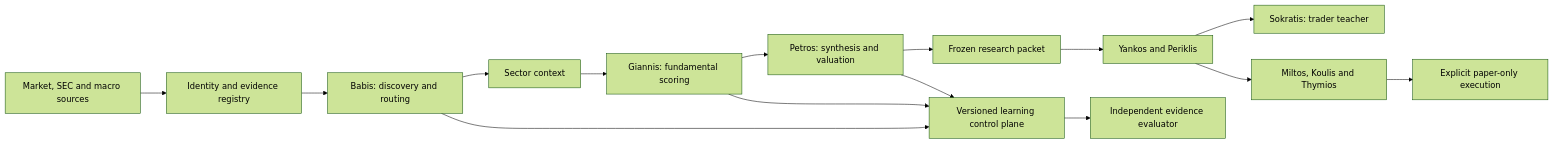
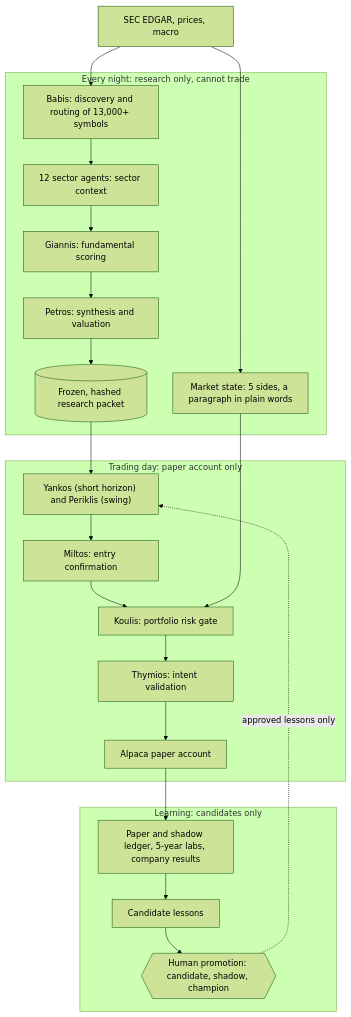
The diagram in README.md (piranxas2101-prog/us-equity-research-ecosystem-public), drawn with Mermaid (forest theme) before and after one commit. The commit also changed other lines of this file and 2 other files, not shown here.

Commit message:
Sync with the private repository: a7cbf4c README for visitors, a clearer diagram, and a green CI

````diff
--- a/README.md
+++ b/README.md
@@ -33,17 +48,26 @@
 ```mermaid
-flowchart LR
-  Sources[Market, SEC and macro sources] --> Registry[Identity and evidence registry]
-  Registry --> Babis[Babis: discovery and routing]
-  Babis --> Sector[Sector context]
-  Sector --> Giannis[Giannis: fundamental scoring]
-  Giannis --> Petros[Petros: synthesis and valuation]
-  Petros --> Packet[Frozen research packet]
-  Packet --> Traders[Yankos and Periklis]
-  Traders --> Sokratis[Sokratis: trader teacher]
-  Traders --> Risk[Miltos, Koulis and Thymios]
-  Risk --> Paper[Explicit paper-only execution]
-  Babis --> Learning[Versioned learning control plane]
-  Giannis --> Learning
-  Petros --> Learning
-  Learning --> Evaluator[Independent evidence evaluator]
+flowchart TD
+  SRC["SEC EDGAR, prices, macro"] --> BABIS
+  subgraph night["Every night: research only, cannot trade"]
+    BABIS["Babis: discovery and routing of 13,000+ symbols"] --> SECTOR["12 sector agents: sector context"]
+    SECTOR --> GIANNIS["Giannis: fundamental scoring"]
+    GIANNIS --> PETROS["Petros: synthesis and valuation"]
+    PETROS --> PACKET[("Frozen, hashed research packet")]
+    MARKET["Market state: 5 sides, a paragraph in plain words"]
+  end
+  SRC --> MARKET
+  subgraph day["Trading day: paper account only"]
+    TRADERS["Yankos (short horizon) and Periklis (swing)"] --> MILTOS["Miltos: entry confirmation"]
+    MILTOS --> KOULIS["Koulis: portfolio risk gate"]
+    KOULIS --> THYMIOS["Thymios: intent validation"]
+    THYMIOS --> PAPER["Alpaca paper account"]
+  end
+  PACKET --> TRADERS
+  MARKET --> KOULIS
+  subgraph learn["Learning: candidates only"]
+    LEDGER["Paper and shadow ledger, 5-year labs, company results"] --> CAND["Candidate lessons"]
+    CAND --> HUMAN{{"Human promotion: candidate, shadow, champion"}}
+  end
+  PAPER --> LEDGER
+  HUMAN -. "approved lessons only" .-> TRADERS
 ```
````
